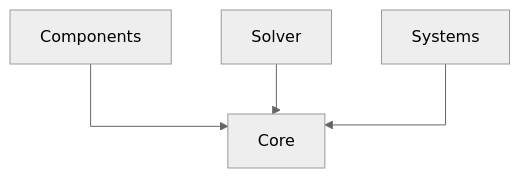
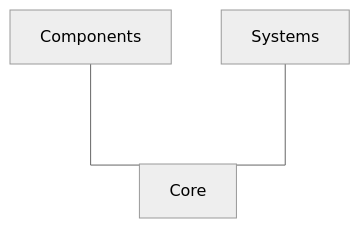
Before and after one commit to andywiecko/PBD2D: the diagram in README.md, drawn with Mermaid. The commit also changed other lines of this file and 2 other files, not shown here.

````diff
--- a/README.md
+++ b/README.md
@@ -155,18 +58,15 @@
 ```mermaid
 %%{init: {"theme": "neutral", "flowchart": {"curve": "stepBefore", "useMaxwidth": false}}}%%
 
 graph TB
-b --> a
-c --> a
-d --> a
+b <--- a
+c <--- a
 
 a[Core]
 b[Components]
-c[Solver]
-d[Systems]
+c[Systems]
 
 click a href "https://github.com/andywiecko/PBD2D/tree/main/Runtime/Core"
 click b href "https://github.com/andywiecko/PBD2D/tree/main/Runtime/Components"
-click c href "https://github.com/andywiecko/PBD2D/tree/main/Runtime/Solver"
-click d href "https://github.com/andywiecko/PBD2D/tree/main/Runtime/Systems"
+click c href "https://github.com/andywiecko/PBD2D/tree/main/Runtime/Systems"
 ```
````
